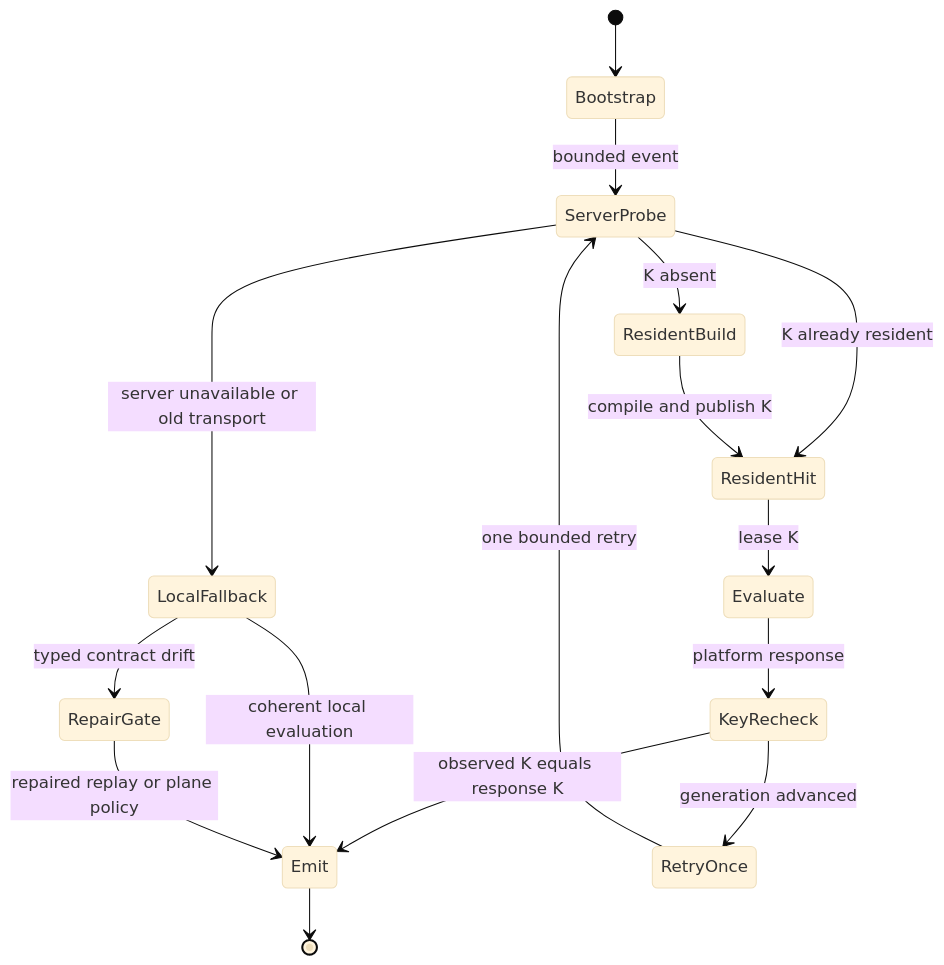
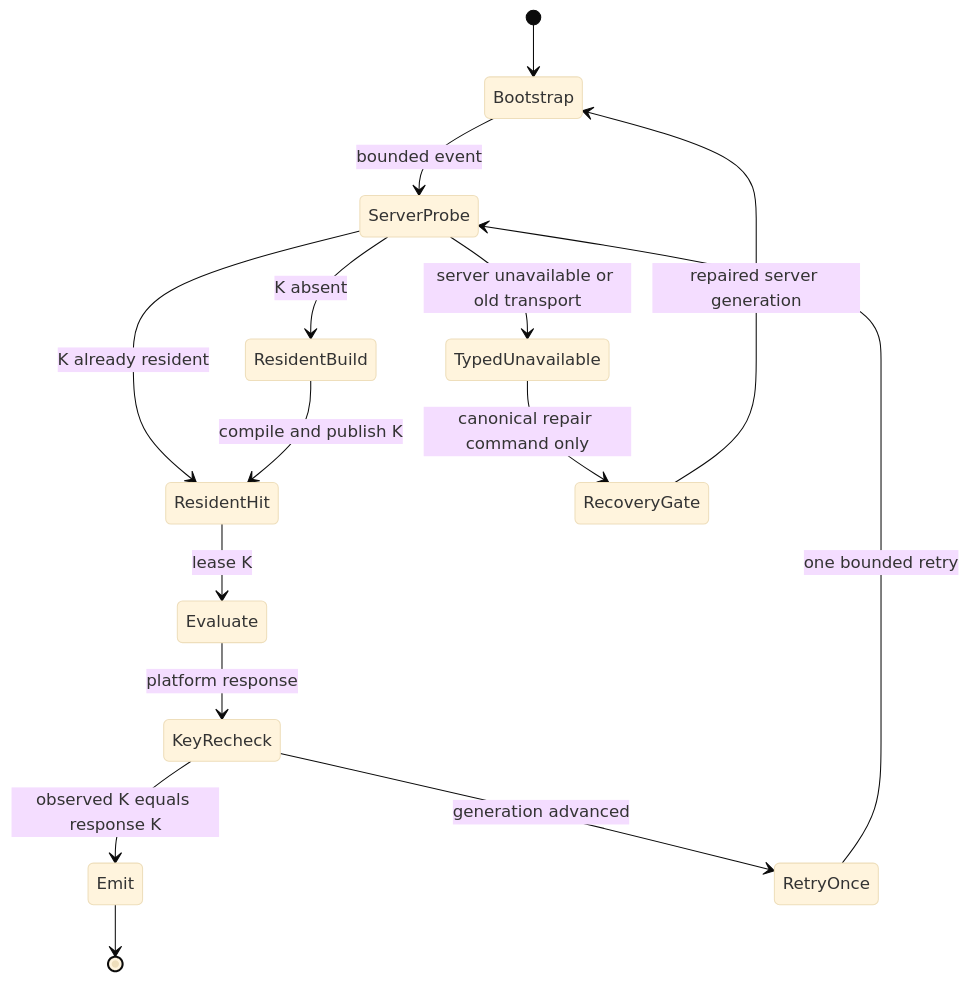
The diagram in docs/10-19-rfcs/10.15.02.10-server-resident-hook-evaluator.org (tao3k/agent-semantic-protocols), drawn with Mermaid (base theme) before and after one commit. The commit also changed other lines of this file and 410 other files, not shown here.

```diff
--- a/docs/10-19-rfcs/10.15.02.10-server-resident-hook-evaluator.org
+++ b/docs/10-19-rfcs/10.15.02.10-server-resident-hook-evaluator.org
@@ -43,18 +43,17 @@
 #+begin_src mermaid
 stateDiagram-v2
     [*] --> Bootstrap
     Bootstrap --> ServerProbe: bounded event
     ServerProbe --> ResidentHit: K already resident
     ServerProbe --> ResidentBuild: K absent
     ResidentBuild --> ResidentHit: compile and publish K
     ResidentHit --> Evaluate: lease K
     Evaluate --> KeyRecheck: platform response
     KeyRecheck --> Emit: observed K equals response K
     KeyRecheck --> RetryOnce: generation advanced
     RetryOnce --> ServerProbe: one bounded retry
-    ServerProbe --> LocalFallback: server unavailable or old transport
-    LocalFallback --> RepairGate: typed contract drift
-    LocalFallback --> Emit: coherent local evaluation
-    RepairGate --> Emit: repaired replay or plane policy
+    ServerProbe --> TypedUnavailable: server unavailable or old transport
+    TypedUnavailable --> RecoveryGate: canonical repair command only
+    RecoveryGate --> Bootstrap: repaired server generation
     Emit --> [*]
 #+end_src
```
